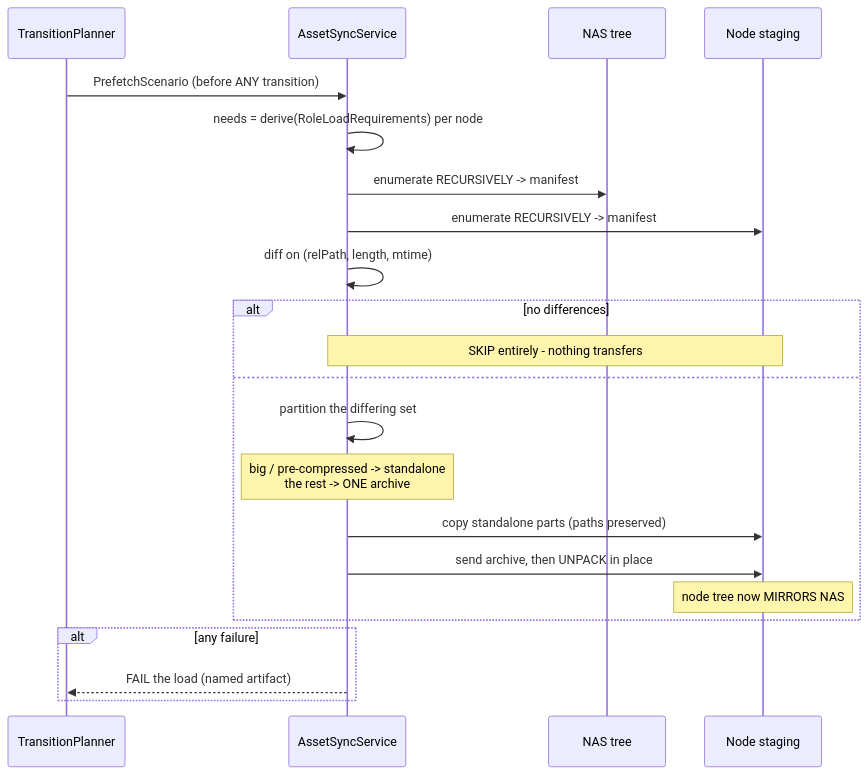
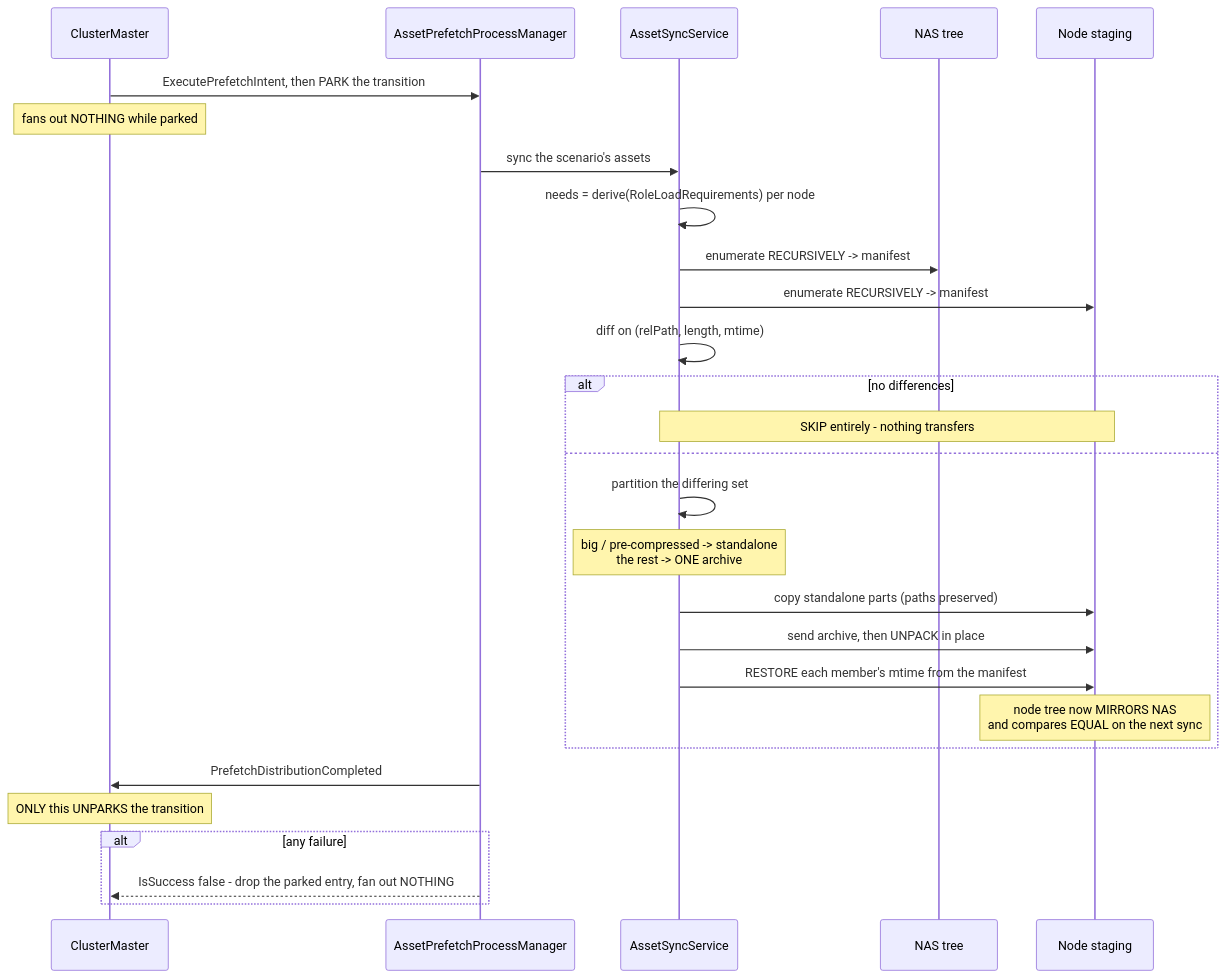
The second of 4 diagrams in docs/DESIGN_Asset_Management.md (pjanec/HROT), drawn with Mermaid before and after one commit. The commit also changed other lines of this file and 1 other file, not shown here.

First line of the commit message:
docs(assets): fold in the backend session's review — six corrections, all re-measured

````diff
--- a/docs/DESIGN_Asset_Management.md
+++ b/docs/DESIGN_Asset_Management.md
@@ -136,24 +162,30 @@
 ```mermaid
 sequenceDiagram
-    participant TP as TransitionPlanner
+    participant CM as ClusterMaster
+    participant PM as AssetPrefetchProcessManager
     participant SY as AssetSyncService
     participant NAS as NAS tree
     participant N as Node staging
-    TP->>SY: PrefetchScenario (before ANY transition)
+    CM->>PM: ExecutePrefetchIntent, then PARK the transition
+    Note over CM: fans out NOTHING while parked
+    PM->>SY: sync the scenario's assets
     SY->>SY: needs = derive(RoleLoadRequirements) per node
     SY->>NAS: enumerate RECURSIVELY -> manifest
     SY->>N: enumerate RECURSIVELY -> manifest
     SY->>SY: diff on (relPath, length, mtime)
     alt no differences
         Note over SY,N: SKIP entirely - nothing transfers
     else
         SY->>SY: partition the differing set
         Note over SY: big / pre-compressed -> standalone<br/>the rest -> ONE archive
         SY->>N: copy standalone parts (paths preserved)
         SY->>N: send archive, then UNPACK in place
-        Note over N: node tree now MIRRORS NAS
+        SY->>N: RESTORE each member's mtime from the manifest
+        Note over N: node tree now MIRRORS NAS<br/>and compares EQUAL on the next sync
     end
+    PM->>CM: PrefetchDistributionCompleted
+    Note over CM: ONLY this UNPARKS the transition
     alt any failure
-        SY-->>TP: FAIL the load (named artifact)
+        PM-->>CM: IsSuccess false - drop the parked entry, fan out NOTHING
     end
 ```
````
